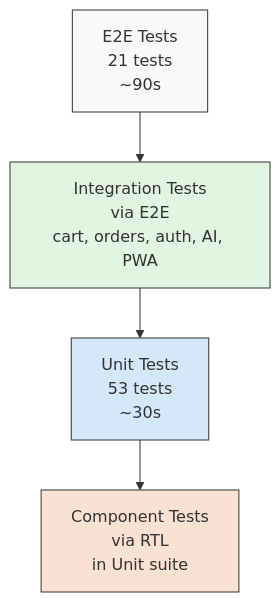
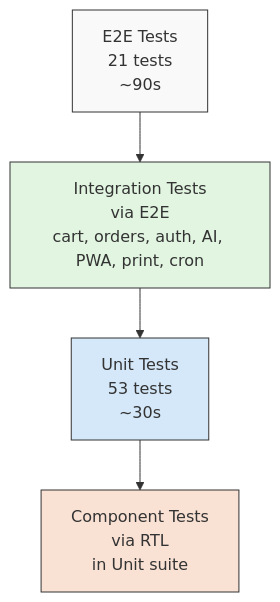
Before and after one commit to zainshah3464/vestior-store: the first of 2 diagrams in docs/testing.md, drawn with Mermaid. The commit also changed other lines of this file and 50 other files, not shown here.

````diff
--- a/docs/testing.md
+++ b/docs/testing.md
@@ -65,11 +74,11 @@
 ```mermaid
 graph TB
-    A[E2E Tests<br/>21 tests<br/>~90s] --> B[Integration Tests<br/>via E2E<br/>cart, orders, auth, AI, PWA]
+    A[E2E Tests<br/>21 tests<br/>~90s] --> B[Integration Tests<br/>via E2E<br/>cart, orders, auth, AI, PWA, print, cron]
     B --> C[Unit Tests<br/>53 tests<br/>~30s]
     C --> D[Component Tests<br/>via RTL<br/>in Unit suite]
 
     style A fill:#f9f9f9,stroke:#333
     style B fill:#e1f5e1,stroke:#333
     style C fill:#d4e8f9,stroke:#333
     style D fill:#f9e1d4,stroke:#333
 ```
````
